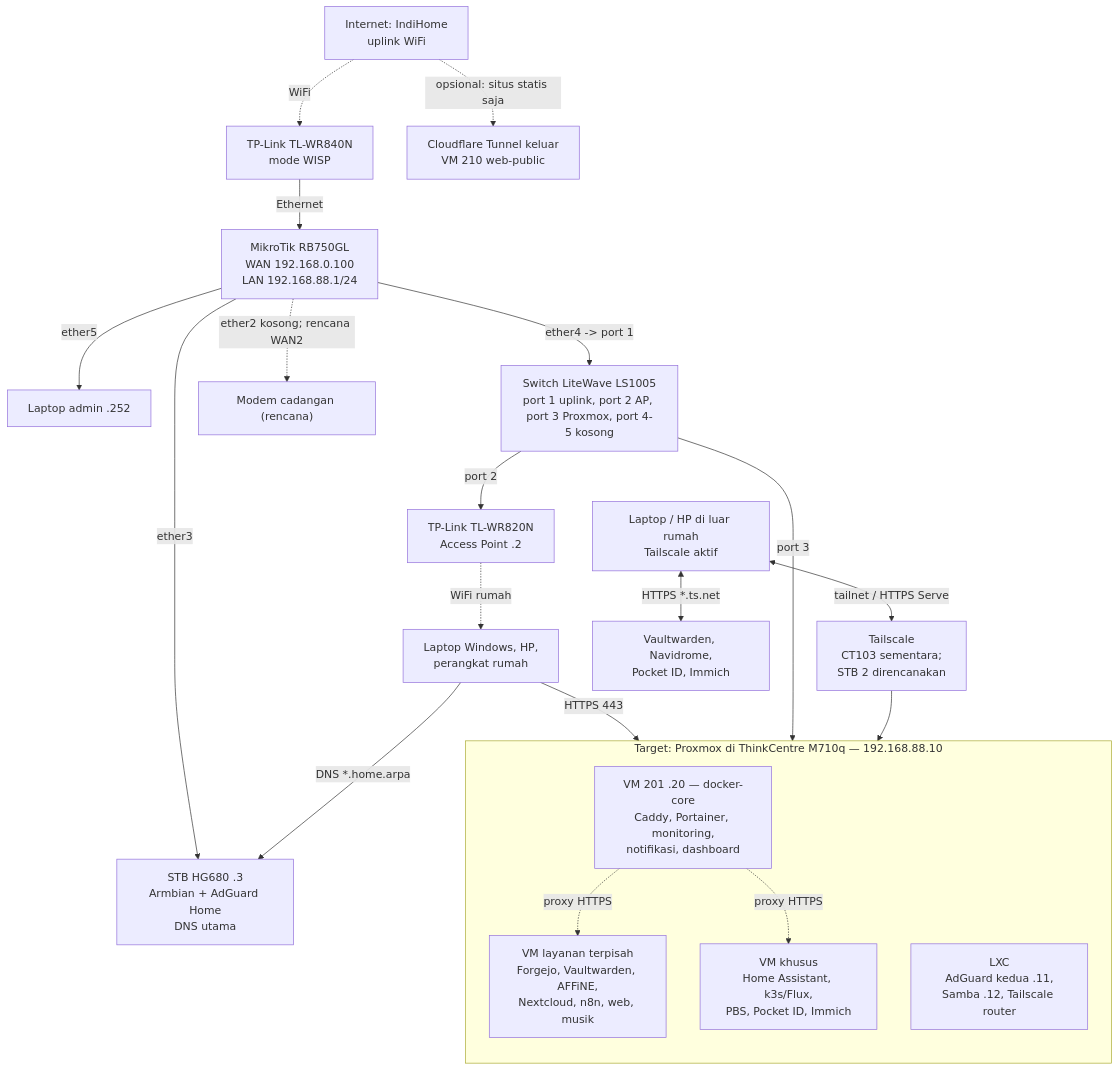
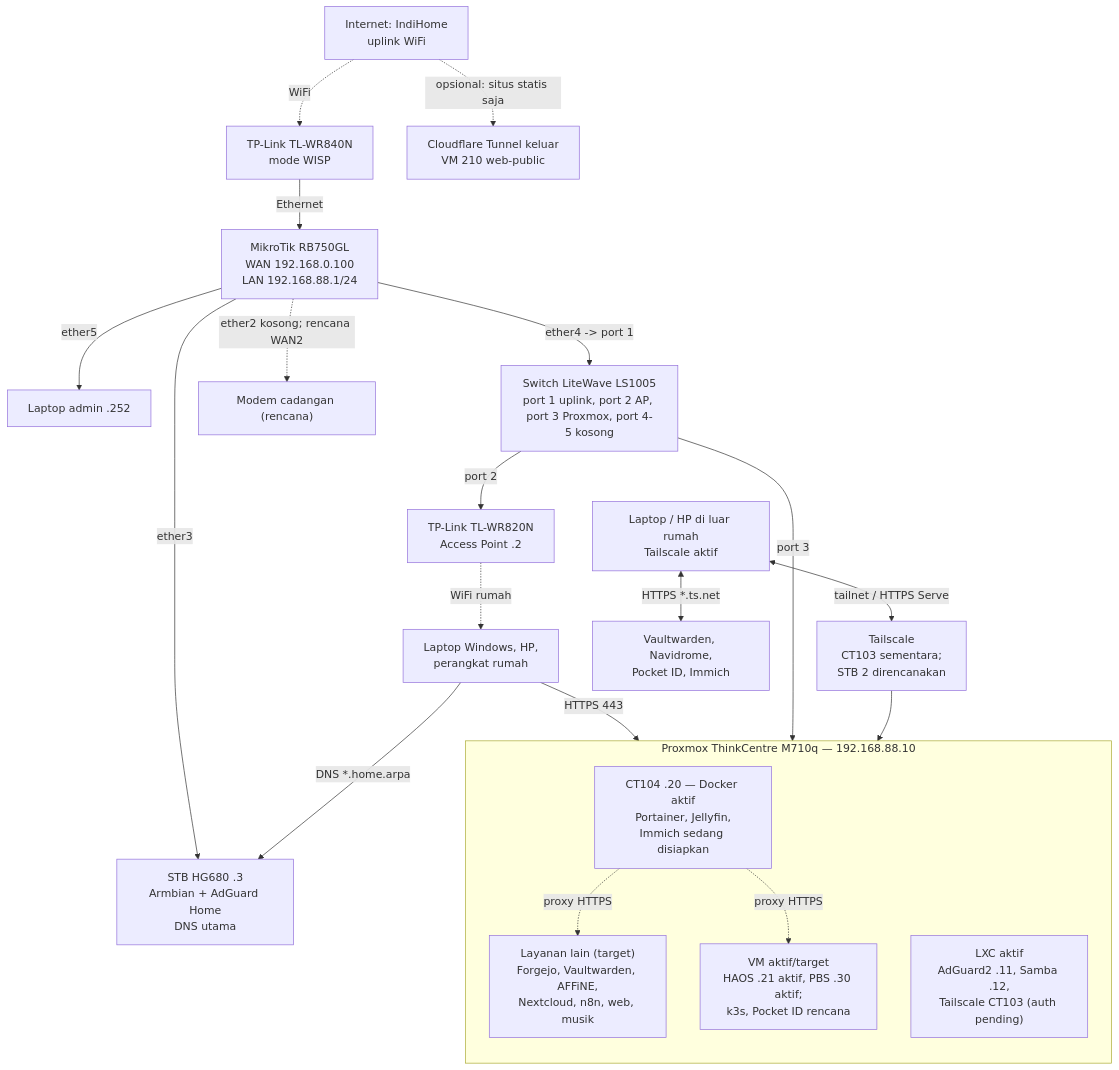
The diagram in README.md (midnightcodeprotocol-corporation/home-server-lab), drawn with Mermaid before and after one commit. The commit also changed other lines of this file and 5 other files, not shown here.

````diff
--- a/README.md
+++ b/README.md
@@ -25,29 +25,29 @@
 ```mermaid
 flowchart TB
   Internet["Internet: IndiHome<br/>uplink WiFi"] -. WiFi .-> WISP["TP-Link TL-WR840N<br/>mode WISP"]
   WISP -->|"Ethernet"| MT["MikroTik RB750GL<br/>WAN 192.168.0.100<br/>LAN 192.168.88.1/24"]
   MT -->|"ether5"| Admin["Laptop admin .252"]
   AP -. WiFi rumah .-> Clients["Laptop Windows, HP,<br/>perangkat rumah"]
   MT -->|"ether4 -> port 1"| Switch["Switch LiteWave LS1005<br/>port 1 uplink, port 2 AP, port 3 Proxmox, port 4-5 kosong"]
   MT -->|"ether3"| STB1["STB HG680 .3<br/>Armbian + AdGuard Home<br/>DNS utama"]
   MT -.->|"ether2 kosong; rencana WAN2"| Modem2["Modem cadangan (rencana)"]
   Switch -->|"port 2"| AP["TP-Link TL-WR820N<br/>Access Point .2"]
   Switch -->|"port 3"| PVE
 
-  subgraph PVE["Target: Proxmox di ThinkCentre M710q — 192.168.88.10"]
+  subgraph PVE["Proxmox ThinkCentre M710q — 192.168.88.10"]
     direction TB
-    Core["VM 201 .20 — docker-core<br/>Caddy, Portainer, monitoring,<br/>notifikasi, dashboard"]
-    Apps["VM layanan terpisah<br/>Forgejo, Vaultwarden, AFFiNE,<br/>Nextcloud, n8n, web, musik"]
-    Special["VM khusus<br/>Home Assistant, k3s/Flux,<br/>PBS, Pocket ID, Immich"]
-    LXC["LXC<br/>AdGuard kedua .11,<br/>Samba .12, Tailscale router"]
+    Core["CT104 .20 — Docker aktif<br/>Portainer, Jellyfin,<br/>Immich sedang disiapkan"]
+    Apps["Layanan lain (target)<br/>Forgejo, Vaultwarden, AFFiNE,<br/>Nextcloud, n8n, web, musik"]
+    Special["VM aktif/target<br/>HAOS .21 aktif, PBS .30 aktif;<br/>k3s, Pocket ID rencana"]
+    LXC["LXC aktif<br/>AdGuard2 .11, Samba .12,<br/>Tailscale CT103 (auth pending)"]
     Core -. proxy HTTPS .-> Apps
     Core -. proxy HTTPS .-> Special
   end
 
   Clients -->|"DNS *.home.arpa"| STB1
   Clients -->|"HTTPS 443"| Core
   Remote["Laptop / HP di luar rumah<br/>Tailscale aktif"] <-->|"tailnet / HTTPS Serve"| TS["Tailscale<br/>CT103 sementara;<br/>STB 2 direncanakan"]
   TS --> PVE
   Remote <-->|"HTTPS *.ts.net"| Private["Vaultwarden, Navidrome,<br/>Pocket ID, Immich"]
   Internet -. "opsional: situs statis saja" .-> CF["Cloudflare Tunnel keluar<br/>VM 210 web-public"]
 ```
````
